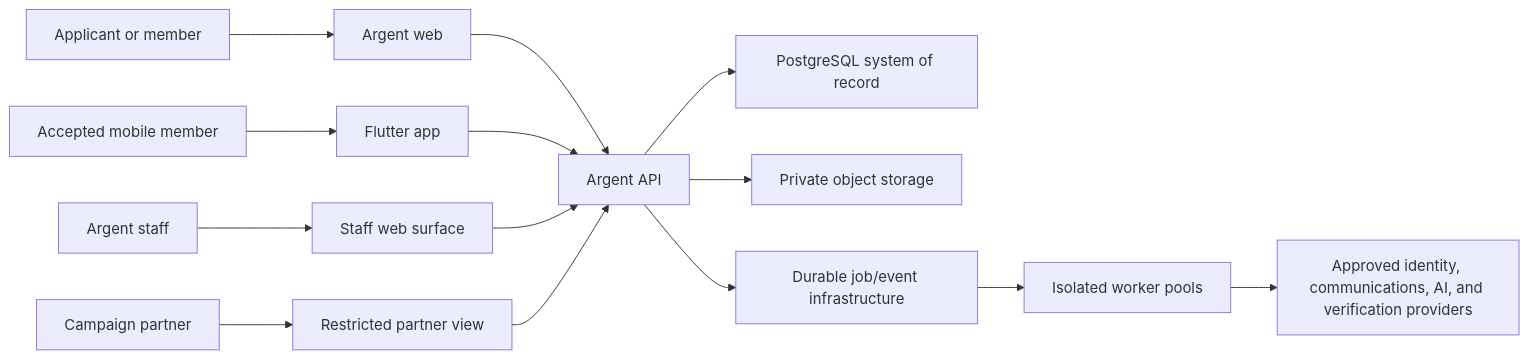
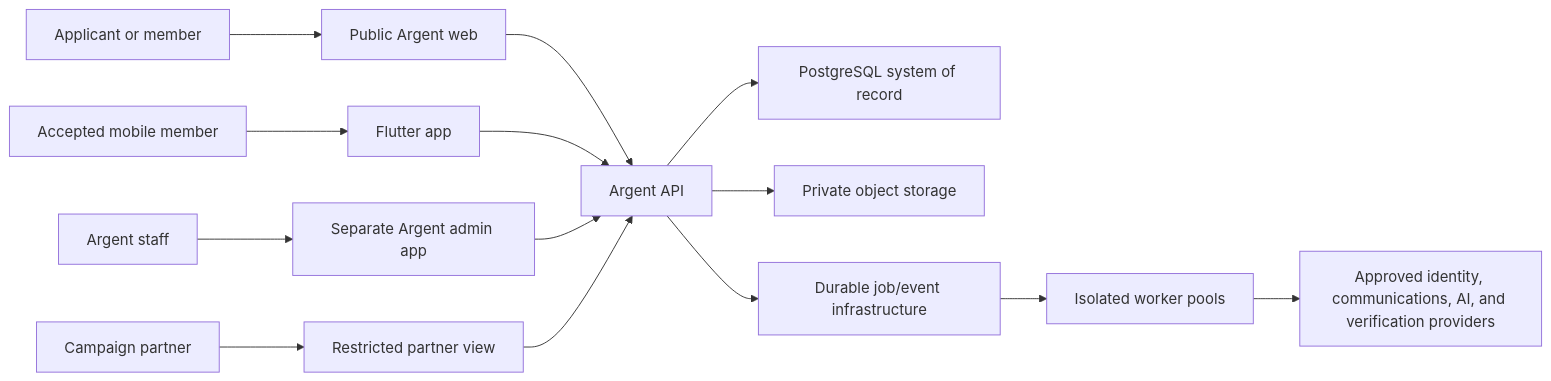
The first of 2 diagrams in plans/architecture.md (carlwelchdesign/matchmaker-ai), drawn with Mermaid before and after one commit. The commit also changed other lines of this file and 23 other files, not shown here.

Commit message:
ARG-120 separate owner admin application

````diff
--- a/plans/architecture.md
+++ b/plans/architecture.md
@@ -13,16 +13,16 @@
 ```mermaid
 flowchart LR
-    Applicant["Applicant or member"] --> Web["Argent web"]
+    Applicant["Applicant or member"] --> Web["Public Argent web"]
     Member["Accepted mobile member"] --> Mobile["Flutter app"]
-    Staff["Argent staff"] --> Admin["Staff web surface"]
+    Staff["Argent staff"] --> Admin["Separate Argent admin app"]
     Partner["Campaign partner"] --> PartnerView["Restricted partner view"]
     Web --> API["Argent API"]
     Mobile --> API
     Admin --> API
     PartnerView --> API
     API --> DB["PostgreSQL system of record"]
     API --> Storage["Private object storage"]
     API --> Queue["Durable job/event infrastructure"]
     Queue --> Workers["Isolated worker pools"]
     Workers --> Providers["Approved identity, communications, AI, and verification providers"]
 ```
````
